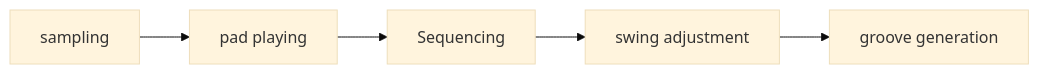
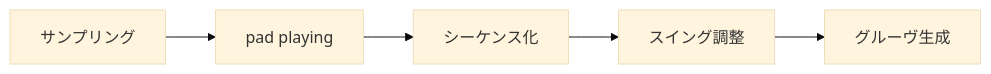
Before and after one commit to monumental-movement/monumental-movement.github.io: the first of 4 diagrams in en/_posts/2026-04-03-column-akai-mpc.md, drawn with Mermaid (base theme). The commit also changed other lines of this file and 2196 other files, not shown here.

```diff
--- a/en/_posts/2026-04-03-column-akai-mpc.md
+++ b/en/_posts/2026-04-03-column-akai-mpc.md
@@ -70,7 +69,7 @@
 <div class="mermaid">
 graph LR
-A[sampling] --> B[pad playing]
-B --> C[Sequencing]
-C --> D[swing adjustment]
-D --> E[groove generation]
+A[サンプリング] --> B[pad playing]
+B --> C[シーケンス化]
+C --> D[スイング調整]
+D --> E[グルーヴ生成]
 </div>
```
